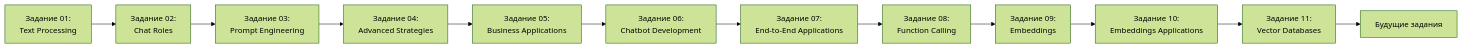
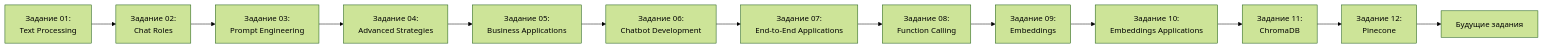
Before and after one commit to artipy/ai_knowledge_db_and_projects: the diagram in Exercises/README.md, drawn with Mermaid (forest theme). The commit also changed other lines of this file and 6 other files, not shown here.

````diff
--- a/Exercises/README.md
+++ b/Exercises/README.md
@@ -292,14 +316,15 @@
 ```mermaid
 graph LR
     A[Задание 01:<br/>Text Processing] --> B[Задание 02:<br/>Chat Roles]
     B --> C[Задание 03:<br/>Prompt Engineering]
     C --> D[Задание 04:<br/>Advanced Strategies]
     D --> E[Задание 05:<br/>Business Applications]
     E --> F[Задание 06:<br/>Chatbot Development]
     F --> G[Задание 07:<br/>End-to-End Applications]
     G --> H[Задание 08:<br/>Function Calling]
     H --> I[Задание 09:<br/>Embeddings]
     I --> J[Задание 10:<br/>Embeddings Applications]
-    J --> K[Задание 11:<br/>Vector Databases]
-    K --> L[Будущие задания]
+    J --> K[Задание 11:<br/>ChromaDB]
+    K --> L[Задание 12:<br/>Pinecone]
+    L --> M[Будущие задания]
 ```
````
